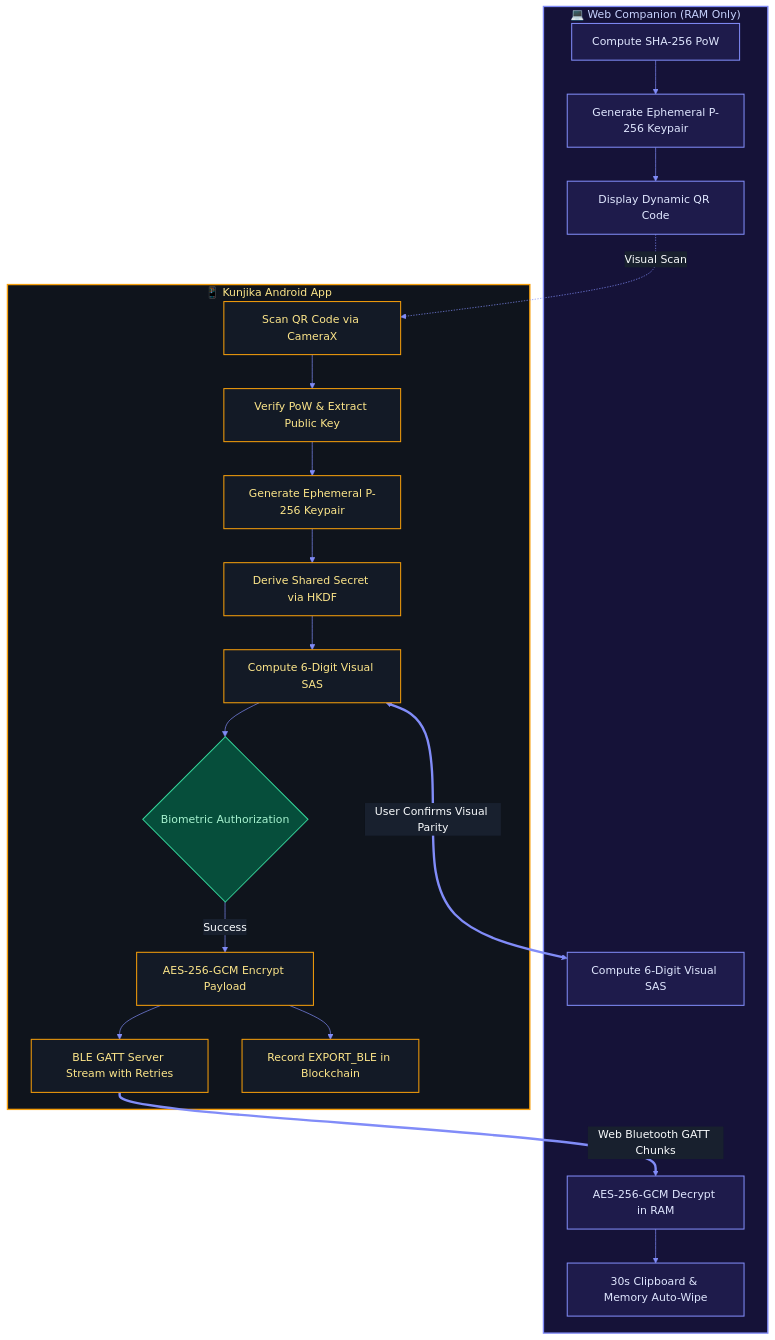
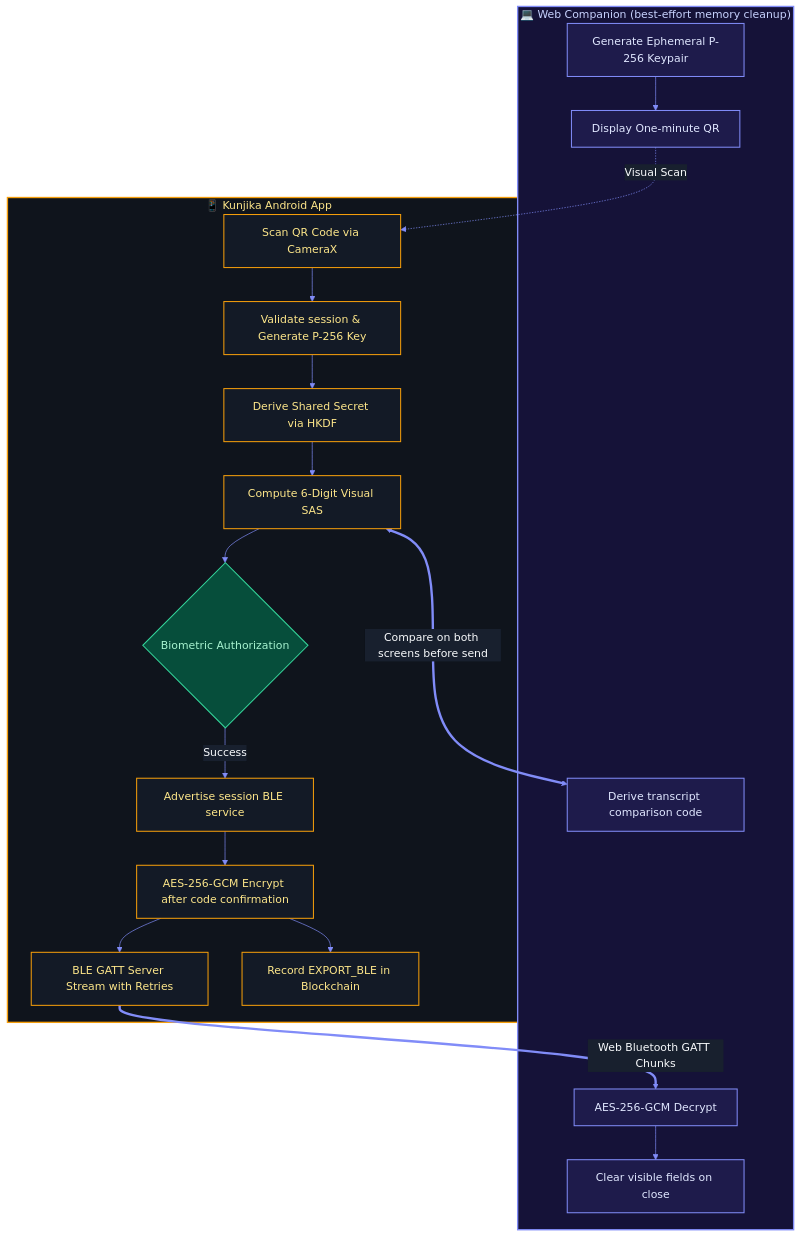
One commit to dwinsi/kunjika changed the third of 3 diagrams in docs/security.md. Above: the diagram before and after it, drawn with Mermaid. The commit also changed other lines of this file and 39 other files, not shown here.

Commit message:
refactor: enhance security measures for clipboard, window flags, and web companion UI

````diff
--- a/docs/security.md
+++ b/docs/security.md
@@ -167,52 +169,51 @@
 ```mermaid
 %%{init: {
   'theme': 'base',
   'themeVariables': {
     'darkMode': true,
     'background': '#07090E',
     'mainBkg': '#0F141C',
     'primaryColor': '#131A26',
     'primaryTextColor': '#F8FAFC',
     'primaryBorderColor': '#F59E0B',
     'lineColor': '#818CF8',
     'clusterBkg': '#0F141C',
     'clusterBorder': '#2B374A',
     'edgeLabelBackground': '#18202E'
   }
 }}%%
 graph TD
-    subgraph Browser ["💻 Web Companion (RAM Only)"]
-        POW[Compute SHA-256 PoW] --> B_KP[Generate Ephemeral P-256 Keypair]
-        B_KP --> QR[Display Dynamic QR Code]
-        B_SAS[Compute 6-Digit Visual SAS]
-        B_DEC[AES-256-GCM Decrypt in RAM]
-        WIPE[30s Clipboard & Memory Auto-Wipe]
+    subgraph Browser ["💻 Web Companion (best-effort memory cleanup)"]
+        B_KP[Generate Ephemeral P-256 Keypair] --> QR[Display One-minute QR]
+        B_SAS[Derive transcript comparison code]
+        B_DEC[AES-256-GCM Decrypt]
+        WIPE[Clear visible fields on close]
     end
 
     subgraph Phone ["📱 Kunjika Android App"]
-        CAM[Scan QR Code via CameraX] --> P_POW[Verify PoW & Extract Public Key]
-        P_POW --> P_KP[Generate Ephemeral P-256 Keypair]
+        CAM[Scan QR Code via CameraX] --> P_KP[Validate session & Generate P-256 Key]
         P_KP --> ECDH[Derive Shared Secret via HKDF]
         ECDH --> P_SAS[Compute 6-Digit Visual SAS]
         P_SAS --> BIO{Biometric Authorization}
-        BIO -->|Success| P_ENC[AES-256-GCM Encrypt Payload]
+        BIO -->|Success| P_ADV[Advertise session BLE service]
+        P_ADV --> P_ENC[AES-256-GCM Encrypt after code confirmation]
         P_ENC --> BLE_TX[BLE GATT Server Stream with Retries]
         P_ENC --> LEDGER[Record EXPORT_BLE in Blockchain]
     end
 
     QR -.->|Visual Scan| CAM
-    P_SAS <===>|User Confirms Visual Parity| B_SAS
+    P_SAS <===>|Compare on both screens before send| B_SAS
     BLE_TX ==>|Web Bluetooth GATT Chunks| B_DEC
     B_DEC --> WIPE
 
     classDef browserNode fill:#1E1B4B,stroke:#818CF8,stroke-width:1.5px,color:#E0E7FF;
     classDef phoneNode fill:#131A26,stroke:#F59E0B,stroke-width:1.5px,color:#FDE68A;
     classDef greenNode fill:#064E3B,stroke:#34D399,stroke-width:1.5px,color:#A7F3D0;
 
-    class POW,B_KP,QR,B_SAS,B_DEC,WIPE browserNode;
-    class CAM,P_POW,P_KP,ECDH,P_SAS,BIO,P_ENC,BLE_TX,LEDGER phoneNode;
+    class B_KP,QR,B_SAS,B_DEC,WIPE browserNode;
+    class CAM,P_KP,ECDH,P_SAS,BIO,P_ADV,P_ENC,BLE_TX,LEDGER phoneNode;
     class BIO greenNode;
 
     style Browser fill:#151238,stroke:#818CF8,stroke-width:2px,color:#C7D2FE
     style Phone fill:#0F141C,stroke:#F59E0B,stroke-width:2px,color:#FDE68A
 ```
````
